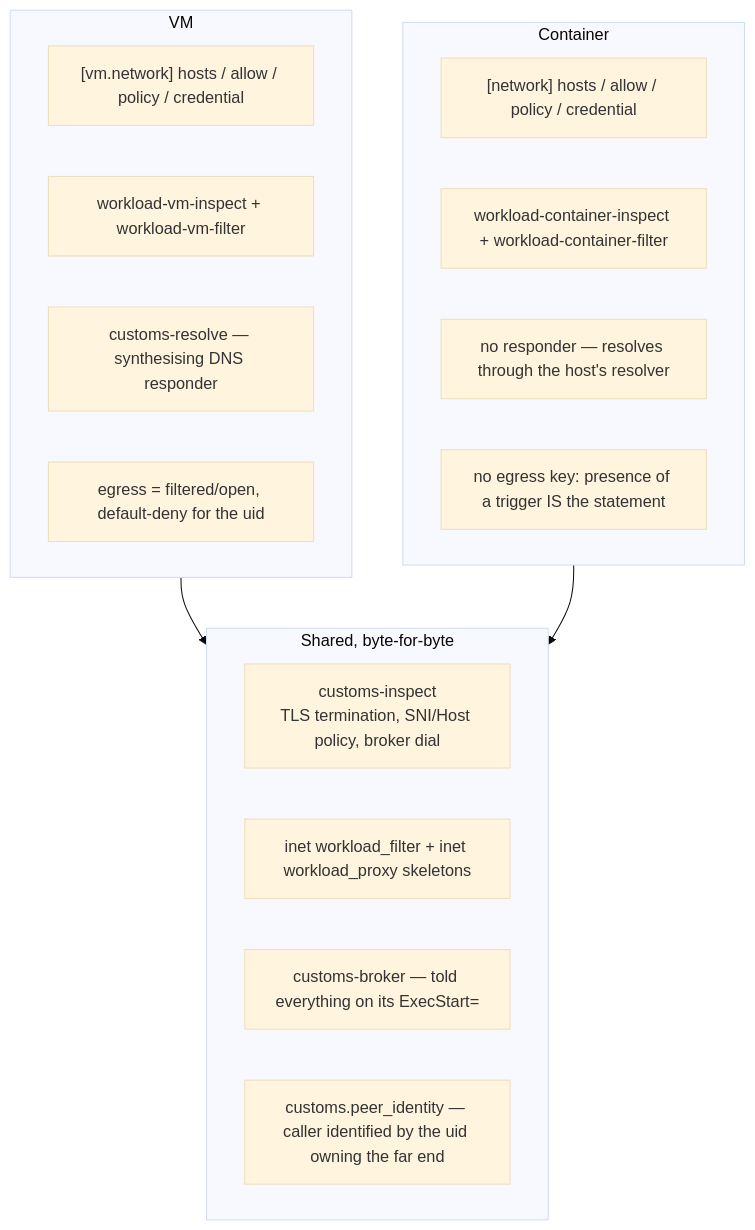
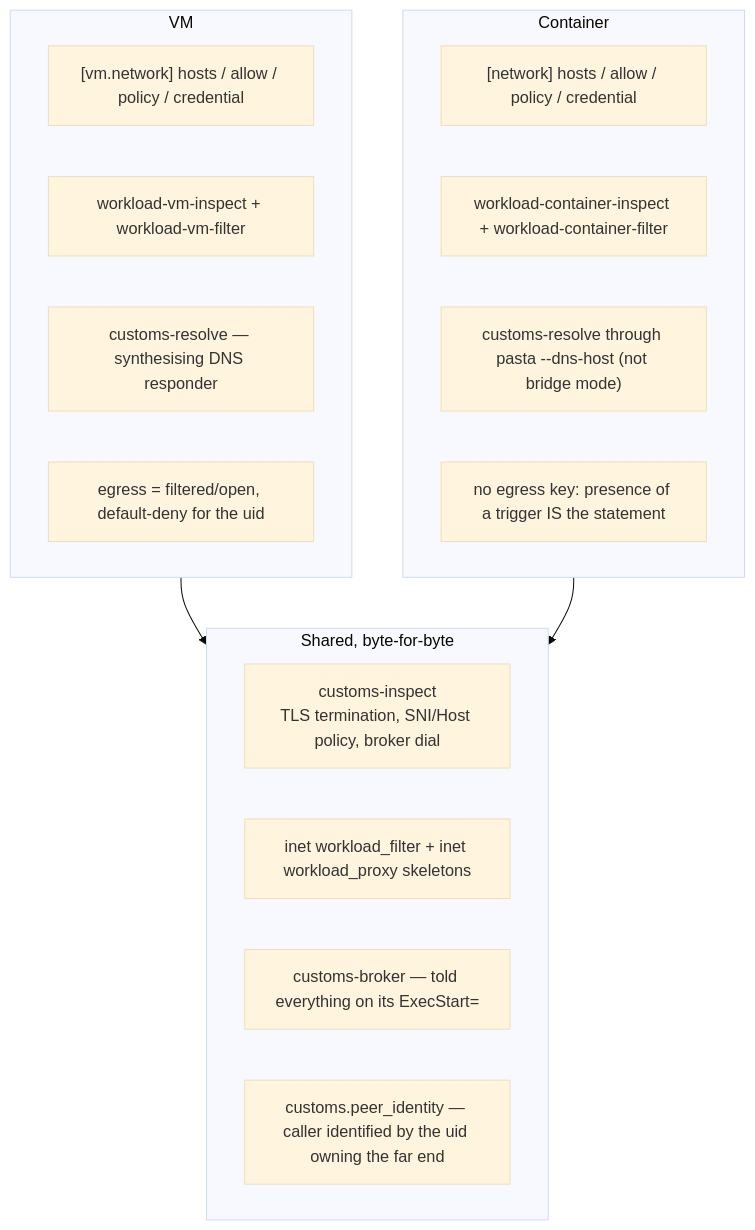
The sixth of 7 diagrams in docs/egress-and-broker-architecture.md (BenSmith/workloadctl), drawn with Mermaid (base theme) before and after one commit. The commit also changed other lines of this file and 35 other files, not shown here.

````diff
--- a/docs/egress-and-broker-architecture.md
+++ b/docs/egress-and-broker-architecture.md
@@ -242,26 +242,26 @@
 ```mermaid
 flowchart TB
   subgraph shared["Shared, byte-for-byte"]
     LST["customs-inspect<br/>TLS termination, SNI/Host policy, broker dial"]
     NFT2["inet workload_filter + inet workload_proxy skeletons"]
     BRK["customs-broker — told everything on its ExecStart="]
     PI["customs.peer_identity — caller identified by the uid owning the far end"]
   end
 
   subgraph vm["VM"]
     VT["[vm.network] hosts / allow / policy / credential"]
     VA["workload-vm-inspect + workload-vm-filter"]
     VR["customs-resolve — synthesising DNS responder"]
     VE["egress = filtered/open, default-deny for the uid"]
   end
 
   subgraph ct["Container"]
     CT["[network] hosts / allow / policy / credential"]
     CA["workload-container-inspect + workload-container-filter"]
-    CN["no responder — resolves through the host's resolver"]
+    CN["customs-resolve through pasta --dns-host (not bridge mode)"]
     CE["no egress key: presence of a trigger IS the statement"]
   end
 
   vm --> shared
   ct --> shared
 ```
````
